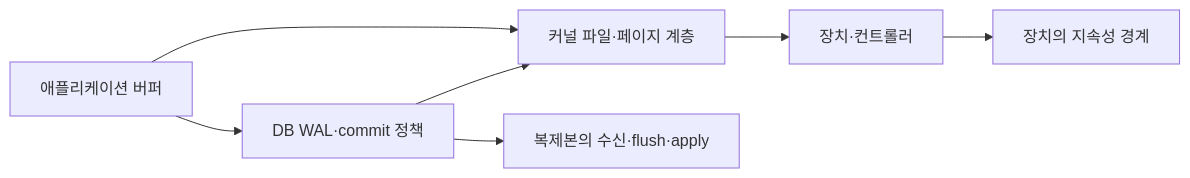
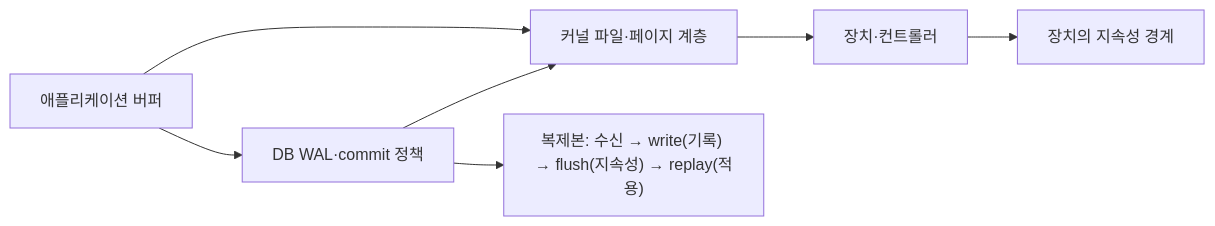
One commit to yeonjin1357/Domain-Knowledge changed the diagram in docs/storage/write-path-and-durability.md. Above: the diagram before and after it, drawn with Mermaid. The commit also changed other lines of this file and 138 other files, not shown here.

````diff
--- a/docs/storage/write-path-and-durability.md
+++ b/docs/storage/write-path-and-durability.md
@@ -13,9 +23,9 @@
 ```mermaid
 flowchart LR
     App["애플리케이션 버퍼"] --> Kernel["커널 파일·페이지 계층"]
     Kernel --> Device["장치·컨트롤러"]
     Device --> Media["장치의 지속성 경계"]
     App --> DB["DB WAL·commit 정책"]
     DB --> Kernel
-    DB --> Replica["복제본의 수신·flush·apply"]
+    DB --> Replica["복제본: 수신 → write(기록) → flush(지속성) → replay(적용)"]
 ```
````
